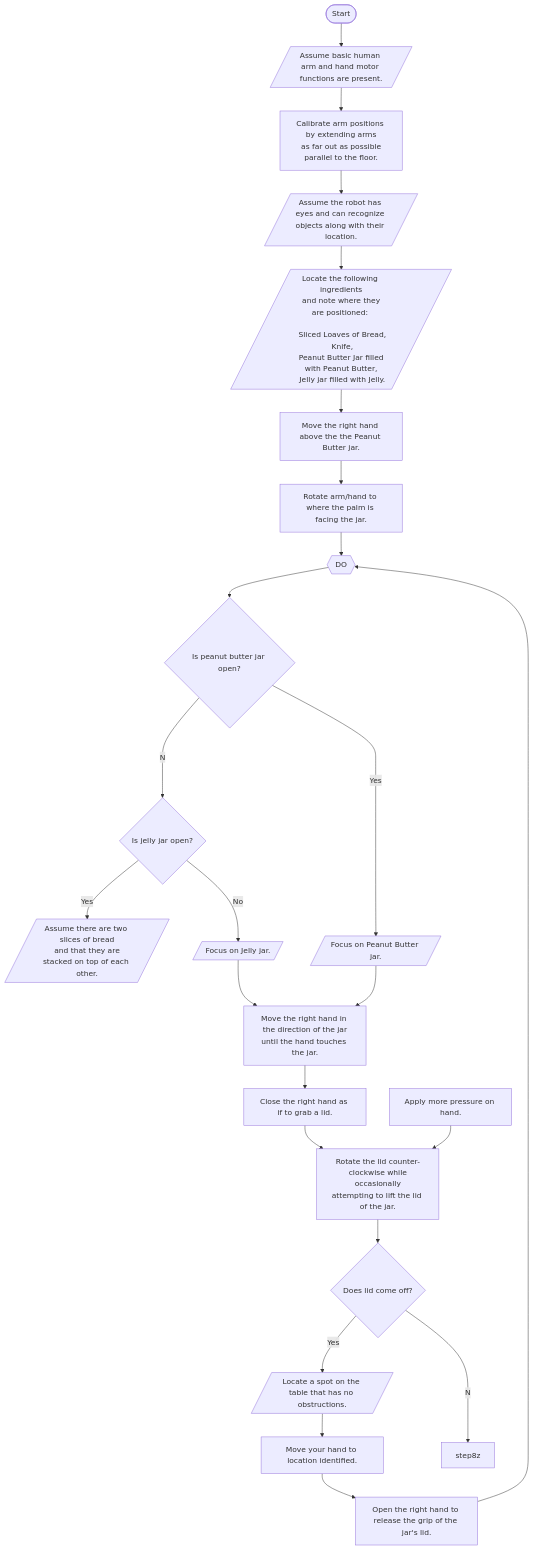
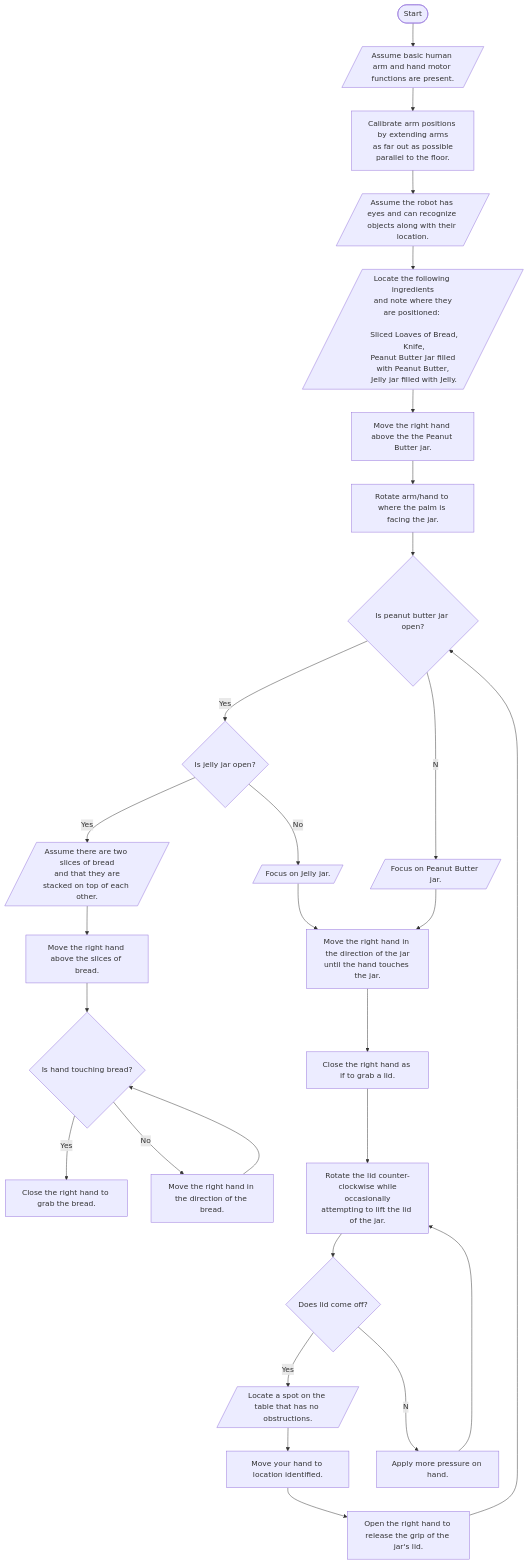
One commit to FIUSHerson/CIS129-Python changed the diagram in Assignment 2 - Flowchart Assignment.md. Above: the diagram before and after it, drawn with Mermaid.

````diff
--- a/Assignment 2 - Flowchart Assignment.md
+++ b/Assignment 2 - Flowchart Assignment.md
@@ -3,63 +3,69 @@
 ```mermaid
 flowchart TB;
     start([Start])
 
     assume1[/Assume basic human arm and hand motor functions are present./]
     assume2[/Assume the robot has eyes and can recognize objects along with their location./]
     assume3[/Assume there are two slices of bread\n and that they are stacked on top of each other./]
 
     step1[Calibrate arm positions by extending arms\n as far out as possible parallel to the floor.]
     step2[Move the right hand above the the Peanut Butter jar.]
     step3[Rotate arm/hand to where the palm is facing the jar.]
     step4[Move the right hand in the direction of the jar\nuntil the hand touches the jar.]
     step6[Close the right hand as if to grab a lid.]
     step7[Rotate the lid counter-clockwise while\n occasionally attempting to lift the lid of the jar.]
     step8[Apply more pressure on hand.]
     step9[Move your hand to location identified.]
     step10[Open the right hand to release the grip of the jar's lid.]
+    step11[Move the right hand above the slices of bread.]
+    step12[Move the right hand in the direction of the bread.]
+    step13[Close the right hand to grab the bread.]
 
     input1[/Locate the following ingredients\n and note where they are positioned: \n\n Sliced Loaves of Bread,\n Knife,\n Peanut Butter Jar filled with Peanut Butter,\n Jelly jar filled with Jelly./]
     input2[/Locate a spot on the table that has no obstructions./]
 
     if1{Does lid come off?}
     if2{Is peanut butter jar open?}
     if3{Is jelly jar open?}
-
-    loop1{{DO}}
+    if4{Is hand touching bread?}
 
     focus1[/Focus on Peanut Butter jar./]
     focus2[/Focus on Jelly jar./]
 
 
 
     start --> assume1
 
     assume1 --> step1
     assume2 --> input1
-
-    loop1 --> if2
+    assume3 --> step11
 
     if1 --Yes--> input2
-    if1 --No--> step8z
-    if2 --No--> if3
-    if2 --Yes--> focus1
+    if1 --No--> step8
+    if2 --Yes--> if3
+    if2 --No--> focus1
     if3 --Yes--> assume3
     if3 --No --> focus2
+    if4 --Yes --> step13
+    if4 --No --> step12
     
     focus1 --> step4
     focus2 --> step4
     
     step1 --> assume2
     step2 --> step3
-    step3 --> loop1
+    step3 --> if2
     step4 --> step6
     step6 --> step7
     step7 --> if1
     step8 --> step7
     step9 --> step10
-    step10 --> loop1
+    step10 --> if2
+    step11 --> if4
+    step12 --> if4
+    
     
     input1 --> step2
     input2 --> step9
     
 ```
````
